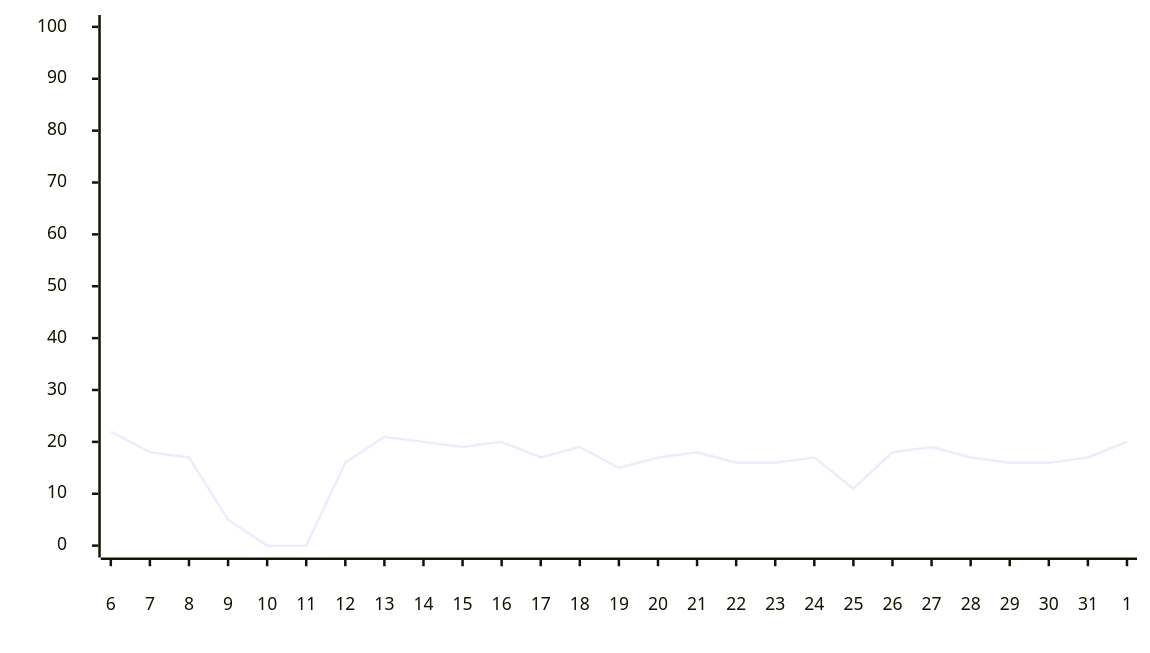
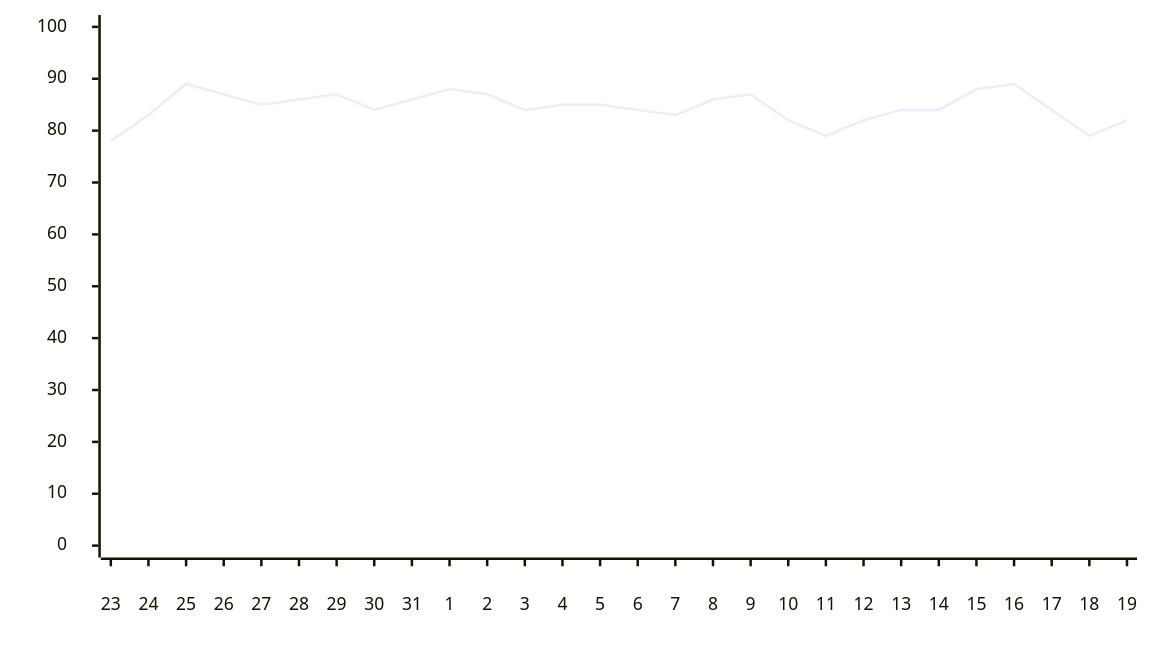
The fifth of 9 diagrams in __tests__/mock/sample-output.md (austenstone/copilot-usage), drawn with Mermaid before and after one commit. The commit also changed other lines of this file and 20 other files, not shown here.

````diff
--- a/__tests__/mock/sample-output.md
+++ b/__tests__/mock/sample-output.md
@@ -105,20 +105,20 @@
 ```mermaid
 ---
 config:
     xyChart:
         width: 900
         height: 500
         xAxis:
             labelPadding: 20
         yAxis:
             labelPadding: 20
     themeVariables:
         xyChart:
             backgroundColor: "transparent"
 ---
 xychart-beta
 
-  x-axis  [6, 7, 8, 9, 10, 11, 12, 13, 14, 15, 16, 17, 18, 19, 20, 21, 22, 23, 24, 25, 26, 27, 28, 29, 30, 31, 1]
+  x-axis  [23, 24, 25, 26, 27, 28, 29, 30, 31, 1, 2, 3, 4, 5, 6, 7, 8, 9, 10, 11, 12, 13, 14, 15, 16, 17, 18, 19]
   y-axis  0 --> 100
-line  [22, 18, 17, 5, 0, 0, 16, 21, 20, 19, 20, 17, 19, 15, 17, 18, 16, 16, 17, 11, 18, 19, 17, 16, 16, 17, 20]
+line  [78, 83, 89, 87, 85, 86, 87, 84, 86, 88, 87, 84, 85, 85, 84, 83, 86, 87, 82, 79, 82, 84, 84, 88, 89, 84, 79, 82]
 ```
````
